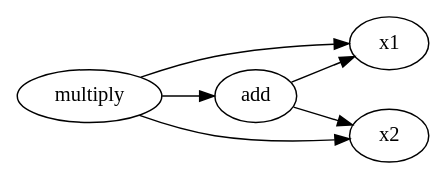
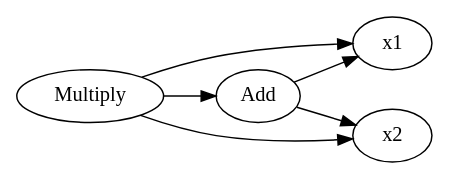
Before and after one commit to WackAlley/worksheet: the diagram in project2/graph_out/tt/function2.gv, drawn with Graphviz. The commit also changed 178 other files, not shown here.

```diff
--- a/project2/graph_out/tt/function2.gv
+++ b/project2/graph_out/tt/function2.gv
@@ -1,14 +1,14 @@
 digraph function2 {
 	rankdir=LR
-	139896274198480 [label=multiply]
-	139896267254160 [label=x1]
-	139896274198480 -> 139896267254160
-	139896267254480 [label=x2]
-	139896274198480 -> 139896267254480
-	139896287209648 [label=add]
-	139896274198480 -> 139896287209648
-	139896267254160 [label=x1]
-	139896287209648 -> 139896267254160
-	139896267254480 [label=x2]
-	139896287209648 -> 139896267254480
+	140659223545040 [label=Multiply]
+	140659224017360 [label=x1]
+	140659223545040 -> 140659224017360
+	140659224016400 [label=x2]
+	140659223545040 -> 140659224016400
+	140660835403328 [label=Add]
+	140659223545040 -> 140660835403328
+	140659224017360 [label=x1]
+	140660835403328 -> 140659224017360
+	140659224016400 [label=x2]
+	140660835403328 -> 140659224016400
 }
```
